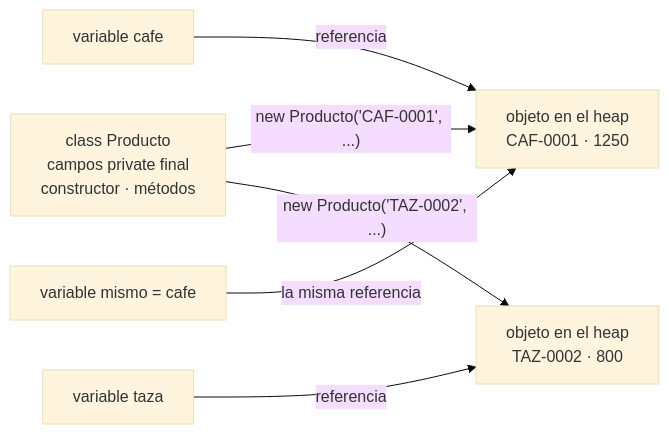
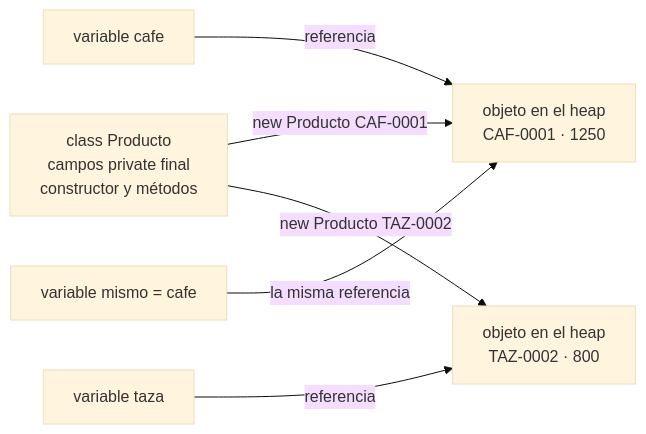
The first of 6 diagrams in web/public/content/java/modulo-1.md (NICORUIZ93/The_Imperial_Book), drawn with Mermaid (base theme) before and after one commit. The commit also changed other lines of this file and 65 other files, not shown here.

````diff
--- a/web/public/content/java/modulo-1.md
+++ b/web/public/content/java/modulo-1.md
@@ -1775,9 +1809,9 @@
 ```mermaid
 flowchart LR
-    C["class Producto<br/>campos private final<br/>constructor · métodos"]
-    C -->|"new Producto('CAF-0001', ...)"| O1["objeto en el heap<br/>CAF-0001 · 1250"]
-    C -->|"new Producto('TAZ-0002', ...)"| O2["objeto en el heap<br/>TAZ-0002 · 800"]
+    C["class Producto<br/>campos private final<br/>constructor y métodos"]
+    C -->|"new Producto CAF-0001"| O1["objeto en el heap<br/>CAF-0001 · 1250"]
+    C -->|"new Producto TAZ-0002"| O2["objeto en el heap<br/>TAZ-0002 · 800"]
     V1["variable cafe"] -->|"referencia"| O1
     V2["variable mismo = cafe"] -->|"la misma referencia"| O1
     V3["variable taza"] -->|"referencia"| O2
 ```
````
